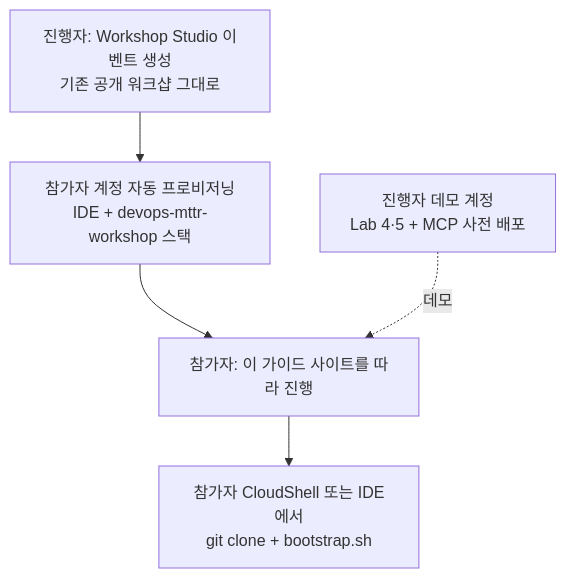
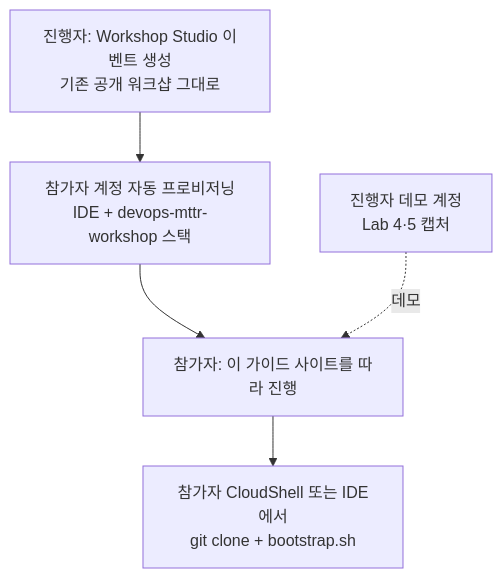
The diagram in docs/facilitator/index.md (hsr87/devops-agent-workshop-kr), drawn with Mermaid before and after one commit. The commit also changed other lines of this file and 11 other files, not shown here.

````diff
--- a/docs/facilitator/index.md
+++ b/docs/facilitator/index.md
@@ -5,7 +5,7 @@
 ```mermaid
 flowchart TB
   P[진행자: Workshop Studio 이벤트 생성<br/>기존 공개 워크샵 그대로] --> A[참가자 계정 자동 프로비저닝<br/>IDE + devops-mttr-workshop 스택]
   A --> B[참가자: 이 가이드 사이트를 따라 진행]
   B --> C[참가자 CloudShell 또는 IDE에서<br/>git clone + bootstrap.sh]
-  D[진행자 데모 계정<br/>Lab 4·5 + MCP 사전 배포] -.데모.-> B
+  D[진행자 데모 계정<br/>Lab 4·5 캡처] -.데모.-> B
 ```
````
